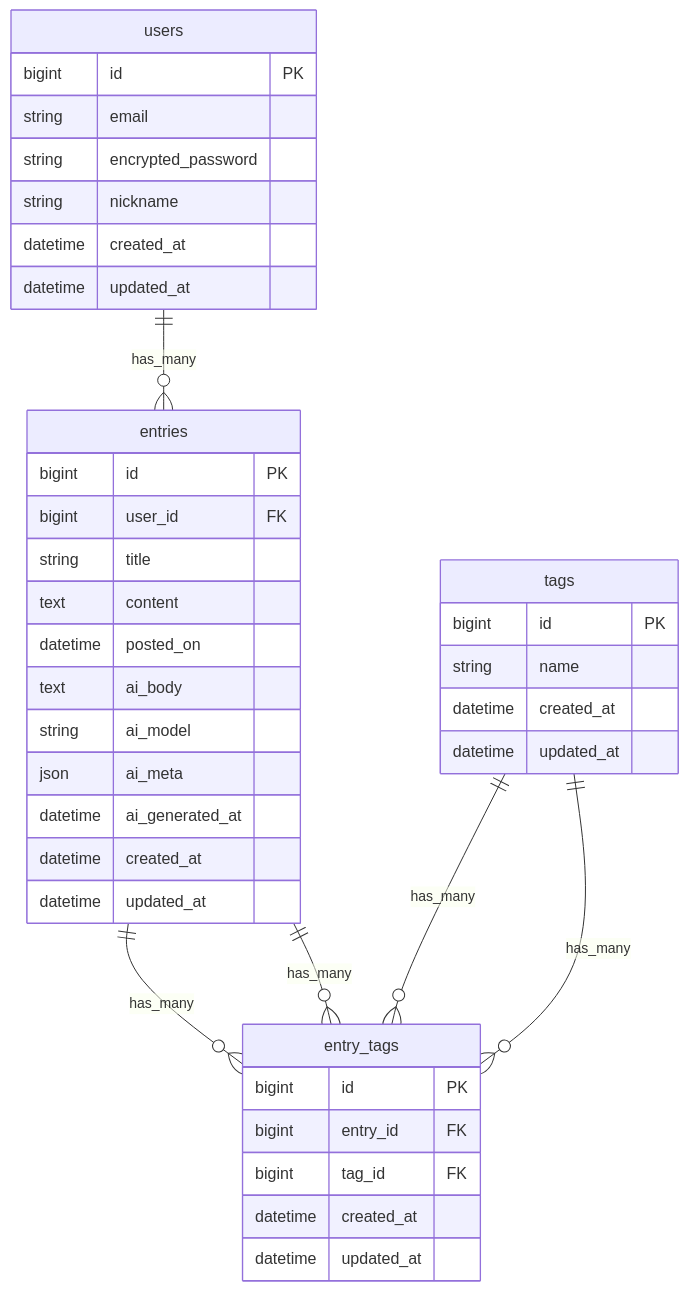
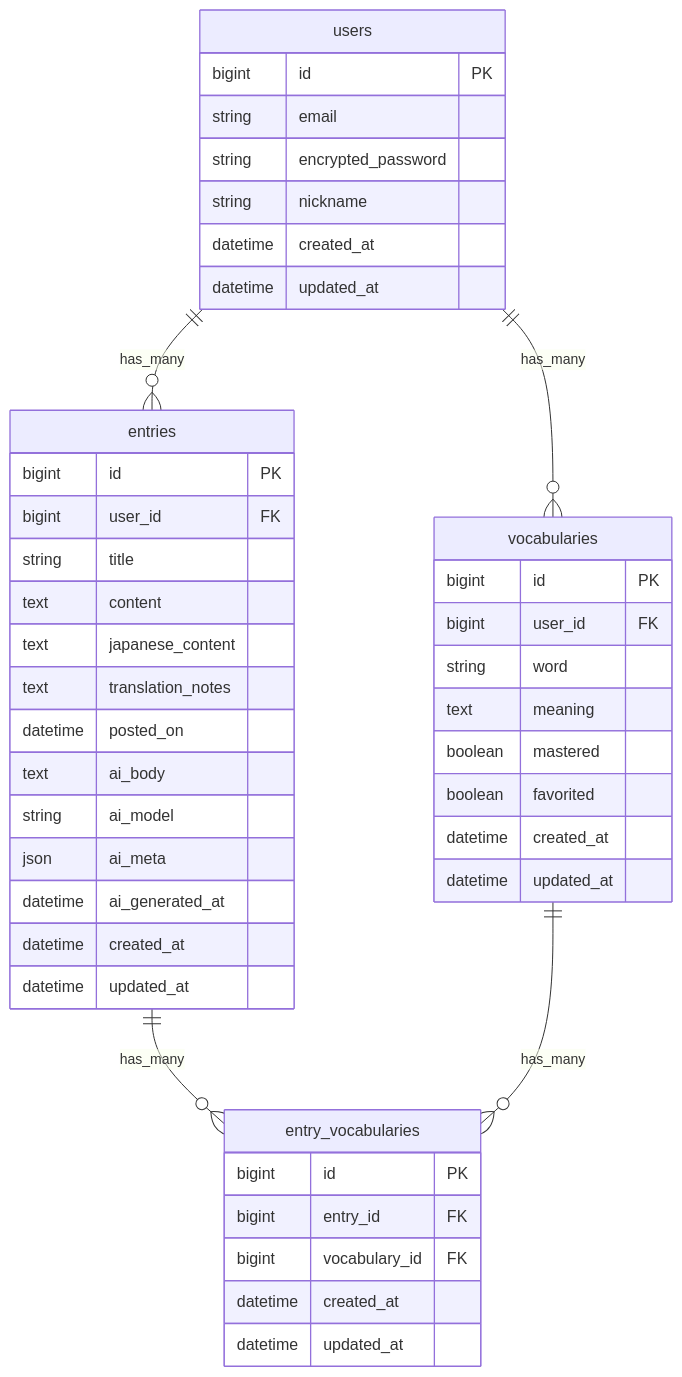
The diagram in README.md (monkawa0208-maker/ai_journal), drawn with Mermaid before and after one commit. The commit also changed other lines of this file and 13 other files, not shown here.

````diff
--- a/README.md
+++ b/README.md
@@ -46,43 +103,51 @@
 ```mermaid
 erDiagram
   users ||--o{ entries : has_many
-  entries ||--o{ entry_tags : has_many
-  tags ||--o{ entry_tags : has_many
-  entries ||--o{ entry_tags : has_many
-  tags ||--o{ entry_tags : has_many
+  users ||--o{ vocabularies : has_many
+  entries ||--o{ entry_vocabularies : has_many
+  vocabularies ||--o{ entry_vocabularies : has_many
 
   users {
     bigint id PK
     string email
     string encrypted_password
     string nickname
     datetime created_at
     datetime updated_at
   }
+  
   entries {
     bigint id PK
     bigint user_id FK
     string title
     text content
+    text japanese_content
+    text translation_notes
     datetime posted_on
     text ai_body
     string ai_model
     json ai_meta
     datetime ai_generated_at
     datetime created_at
     datetime updated_at
   }
-  tags {
+  
+  vocabularies {
     bigint id PK
-    string name
+    bigint user_id FK
+    string word
+    text meaning
+    boolean mastered
+    boolean favorited
     datetime created_at
     datetime updated_at
   }
-  entry_tags {
+  
+  entry_vocabularies {
     bigint id PK
     bigint entry_id FK
-    bigint tag_id FK
+    bigint vocabulary_id FK
     datetime created_at
     datetime updated_at
   }
 ```
````
